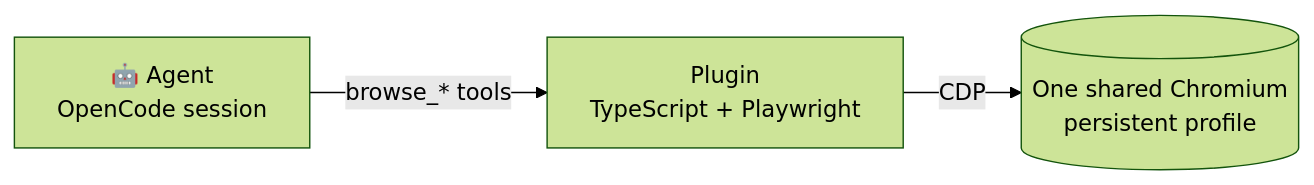
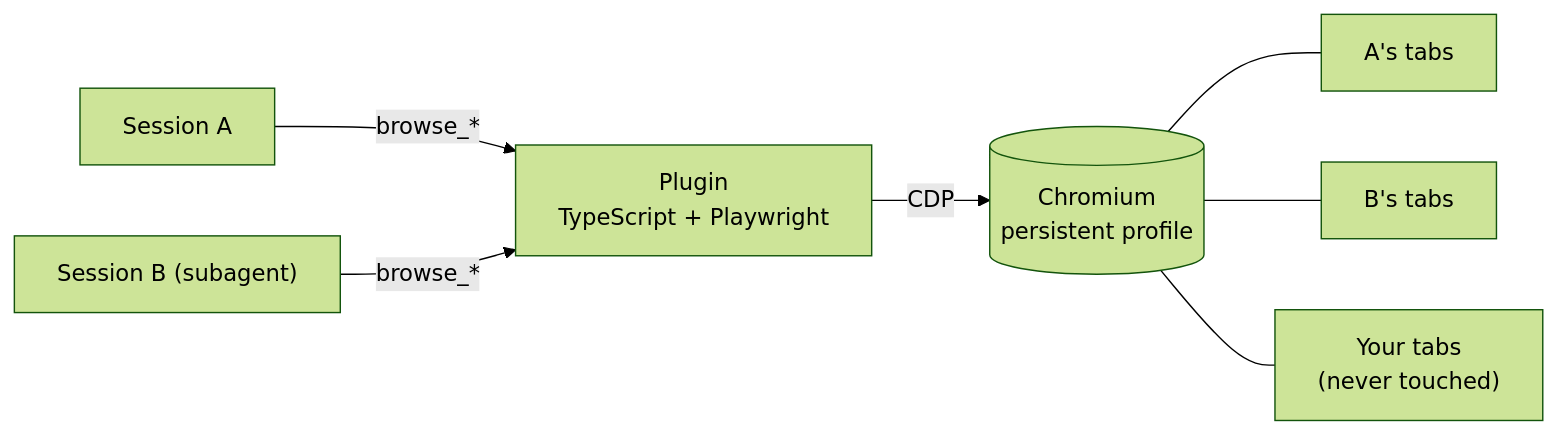
The diagram in README.md (Divyanshu-kumar14/opencode-browser), drawn with Mermaid (forest theme) before and after one commit. The commit also changed other lines of this file, not shown here.

First line of the commit message:
docs: rewrite README for the current 13-tool plugin

````diff
--- a/README.md
+++ b/README.md
@@ -26,5 +142,9 @@
 ```mermaid
 flowchart LR
-    A["🤖 Agent\nOpenCode session"] -->|"browse_* tools"| B["Plugin\nTypeScript + Playwright"]
-    B -->|"CDP"| C[("One shared Chromium\npersistent profile")]
+    S1["Session A"] -->|browse_*| P["Plugin<br/>TypeScript + Playwright"]
+    S2["Session B (subagent)"] -->|browse_*| P
+    P -->|CDP| C[("Chromium<br/>persistent profile")]
+    C --- T1["A's tabs"]
+    C --- T2["B's tabs"]
+    C --- U["Your tabs<br/>(never touched)"]
 ```
````
